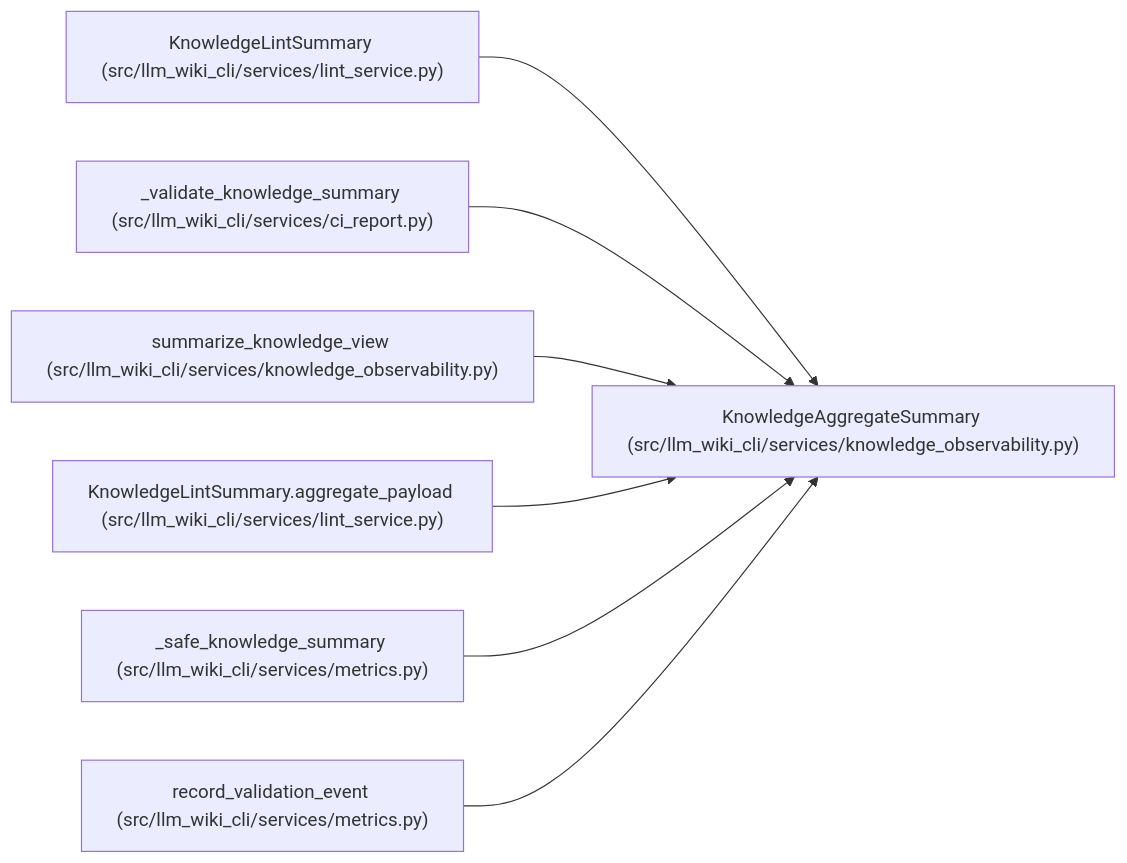
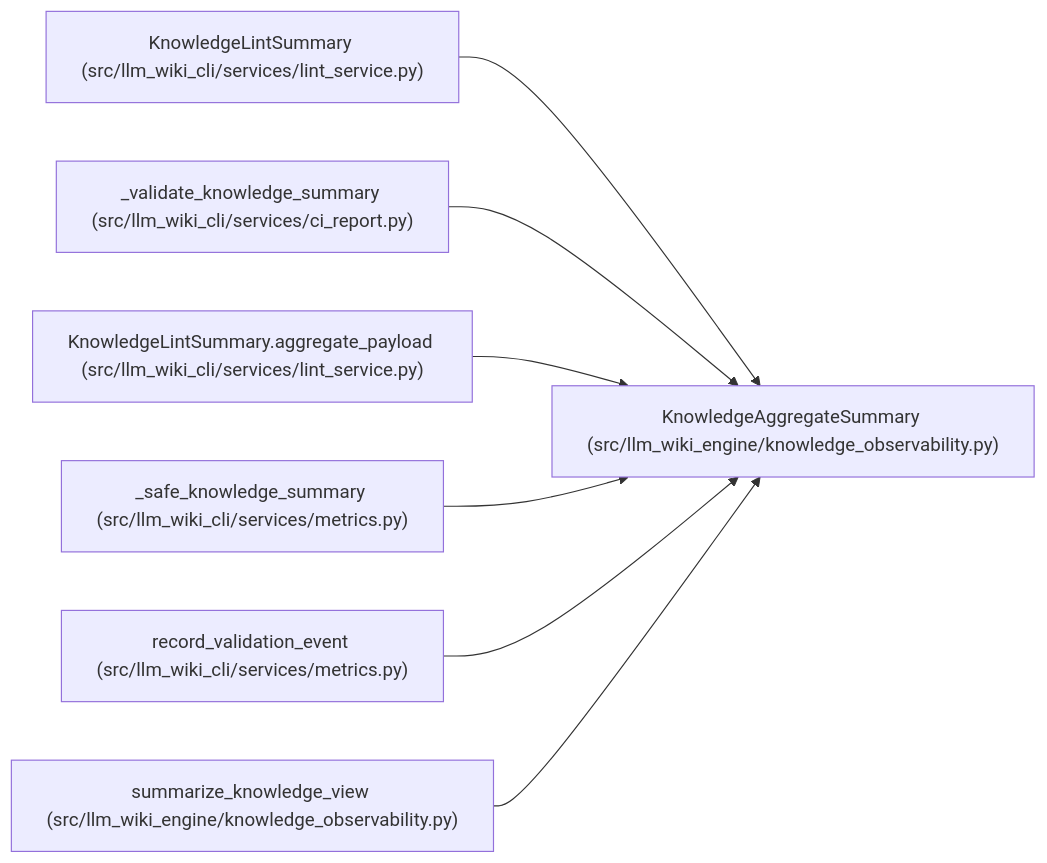
The diagram in docs/llm_wiki/entities/KnowledgeAggregateSummary.md (Denissvgn/python-wiki-llm), drawn with Mermaid before and after one commit. The commit also changed other lines of this file and 1058 other files, not shown here.

First line of the commit message:
docs: refresh the wiki for the knowledge store move

````diff
--- a/docs/llm_wiki/entities/KnowledgeAggregateSummary.md
+++ b/docs/llm_wiki/entities/KnowledgeAggregateSummary.md
@@ -38,23 +38,23 @@
 ```mermaid
 flowchart LR
-    n0["KnowledgeAggregateSummary (src/llm_wiki_cli/services/knowledge_observability.py)"]
+    n0["KnowledgeAggregateSummary (src/llm_wiki_engine/knowledge_observability.py)"]
     n1["KnowledgeLintSummary (src/llm_wiki_cli/services/lint_service.py)"]
     n2["_validate_knowledge_summary (src/llm_wiki_cli/services/ci_report.py)"]
-    n3["summarize_knowledge_view (src/llm_wiki_cli/services/knowledge_observability.py)"]
-    n4["KnowledgeLintSummary.aggregate_payload (src/llm_wiki_cli/services/lint_service.py)"]
-    n5["_safe_knowledge_summary (src/llm_wiki_cli/services/metrics.py)"]
-    n6["record_validation_event (src/llm_wiki_cli/services/metrics.py)"]
+    n3["KnowledgeLintSummary.aggregate_payload (src/llm_wiki_cli/services/lint_service.py)"]
+    n4["_safe_knowledge_summary (src/llm_wiki_cli/services/metrics.py)"]
+    n5["record_validation_event (src/llm_wiki_cli/services/metrics.py)"]
+    n6["summarize_knowledge_view (src/llm_wiki_engine/knowledge_observability.py)"]
     n1 --> n0
     n2 --> n0
     n3 --> n0
     n4 --> n0
     n5 --> n0
     n6 --> n0
     click n0 "../modules/knowledge_observability.md"
     click n1 "../modules/lint_service.md"
     click n2 "../modules/ci_report.md"
-    click n3 "../modules/knowledge_observability.md"
-    click n4 "../modules/lint_service.md"
+    click n3 "../modules/lint_service.md"
+    click n4 "../modules/metrics.md"
     click n5 "../modules/metrics.md"
-    click n6 "../modules/metrics.md"
+    click n6 "../modules/knowledge_observability.md"
 ```
````
